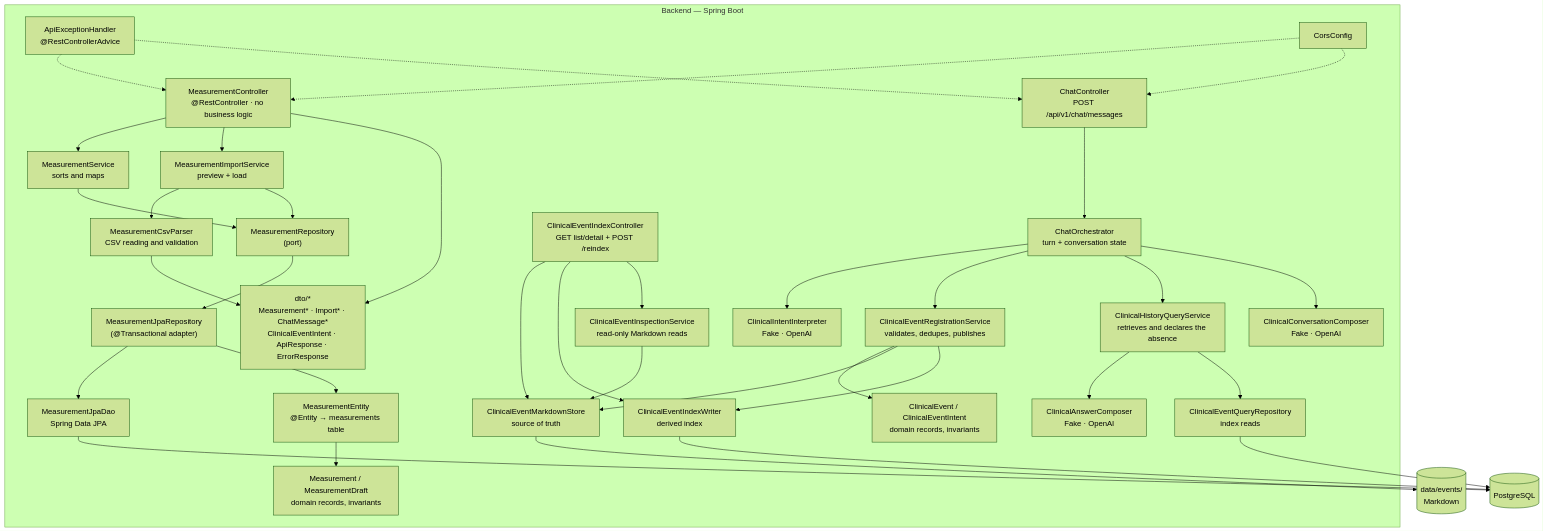
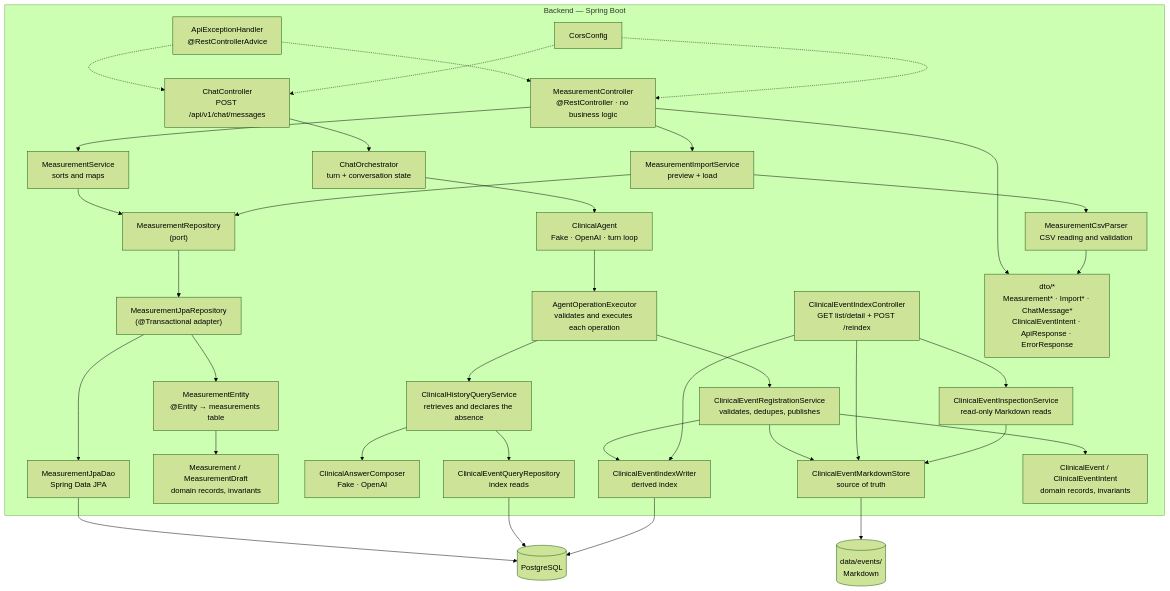
The third of 4 diagrams in docs/architecture.md (devmauriciopineda/careme), drawn with Mermaid (forest theme) before and after one commit. The commit also changed other lines of this file and 117 other files, not shown here.

Commit message:
Update use cases. Apply UC-012 Turn assistant into an agent

````diff
--- a/docs/architecture.md
+++ b/docs/architecture.md
@@ -158,65 +159,65 @@
 ```mermaid
 flowchart TB
     subgraph backend["Backend — Spring Boot"]
         ctrl["MeasurementController<br/>@RestController · no business logic"]
         svc["MeasurementService<br/>sorts and maps"]
         imp["MeasurementImportService<br/>preview + load"]
         parser["MeasurementCsvParser<br/>CSV reading and validation"]
         port["MeasurementRepository<br/>(port)"]
         adapter["MeasurementJpaRepository<br/>(@Transactional adapter)"]
         dao["MeasurementJpaDao<br/>Spring Data JPA"]
         entity["MeasurementEntity<br/>@Entity → measurements table"]
         domain["Measurement / MeasurementDraft<br/>domain records, invariants"]
         chatCtrl["ChatController<br/>POST /api/v1/chat/messages"]
         orchestrator["ChatOrchestrator<br/>turn + conversation state"]
-        interpreter["ClinicalIntentInterpreter<br/>Fake · OpenAI"]
+        agent["ClinicalAgent<br/>Fake · OpenAI · turn loop"]
+        executor["AgentOperationExecutor<br/>validates and executes each operation"]
         regSvc["ClinicalEventRegistrationService<br/>validates, dedupes, publishes"]
         histSvc["ClinicalHistoryQueryService<br/>retrieves and declares the absence"]
         composer["ClinicalAnswerComposer<br/>Fake · OpenAI"]
-        convComposer["ClinicalConversationComposer<br/>Fake · OpenAI"]
         queryRepo["ClinicalEventQueryRepository<br/>index reads"]
         mdStore["ClinicalEventMarkdownStore<br/>source of truth"]
         idxWriter["ClinicalEventIndexWriter<br/>derived index"]
         evtCtrl["ClinicalEventIndexController<br/>GET list/detail + POST /reindex"]
         inspSvc["ClinicalEventInspectionService<br/>read-only Markdown reads"]
         evtDomain["ClinicalEvent / ClinicalEventIntent<br/>domain records, invariants"]
         dtos["dto/*<br/>Measurement* · Import* · ChatMessage*<br/>ClinicalEventIntent · ApiResponse · ErrorResponse"]
         exc["ApiExceptionHandler<br/>@RestControllerAdvice"]
         cors["CorsConfig"]
     end
     pg[("PostgreSQL")]
     fs[("data/events/<br/>Markdown")]
     ctrl --> svc
     ctrl --> imp
     ctrl --> dtos
     imp --> parser
     svc --> port
     imp --> port
     parser --> dtos
     port --> adapter
     adapter --> dao
     adapter --> entity
     entity --> domain
     dao --> pg
     chatCtrl --> orchestrator
-    orchestrator --> interpreter
-    orchestrator --> regSvc
-    orchestrator --> histSvc
-    orchestrator --> convComposer
+    orchestrator --> agent
+    agent --> executor
+    executor --> regSvc
+    executor --> histSvc
     histSvc --> composer
     histSvc --> queryRepo
     queryRepo --> pg
     regSvc --> evtDomain
     regSvc --> mdStore
     regSvc --> idxWriter
     evtCtrl --> mdStore
     evtCtrl --> idxWriter
     evtCtrl --> inspSvc
     inspSvc --> mdStore
     mdStore --> fs
     idxWriter --> pg
     exc -.-> ctrl
     exc -.-> chatCtrl
     cors -.-> ctrl
     cors -.-> chatCtrl
 ```
````
